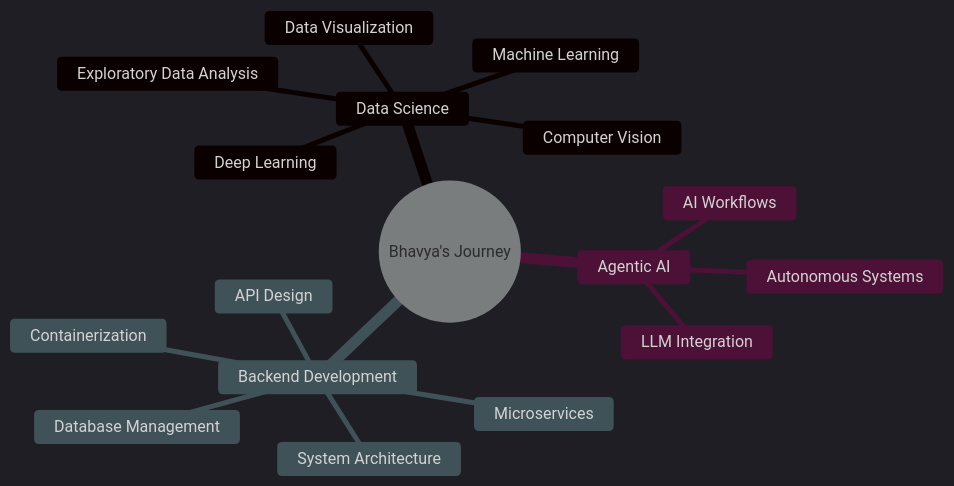
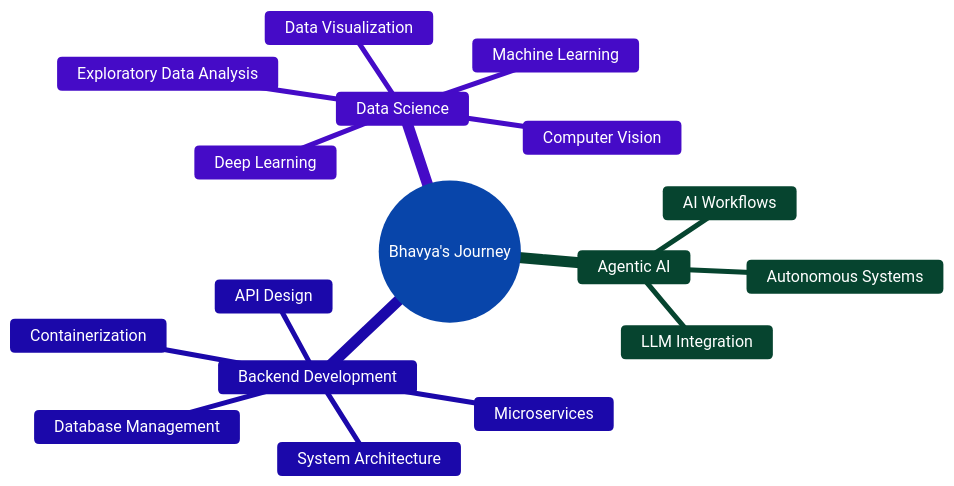
The diagram in README.md (04bhavyaa/04bhavyaa), drawn with Mermaid before and after one commit.

Commit message:
Change Mermaid theme from dark to base

````diff
--- a/README.md
+++ b/README.md
@@ -68,21 +68,21 @@
 ```mermaid
-%%{init: {'theme':'dark', 'themeVariables': { 'textColor':'#ffffff', 'fontSize':'16px', 'fontFamily':'Arial'}}}%%
+%%{init: {'theme':'base', 'themeVariables': { 'primaryColor':'#3b82f6', 'primaryTextColor':'#ffffff', 'primaryBorderColor':'#ffffff', 'lineColor':'#ffffff', 'secondaryColor':'#8b5cf6', 'tertiaryColor':'#10b981', 'textColor':'#ffffff', 'fontSize':'16px', 'fontFamily':'Arial'}}}%%
 mindmap
   root((Bhavya's Journey))
     Data Science
       Machine Learning
       Deep Learning
       Data Visualization
       Exploratory Data Analysis
       Computer Vision
     Agentic AI
       LLM Integration
       Autonomous Systems
       AI Workflows
     Backend Development
       API Design
       Database Management
       System Architecture
       Containerization
       Microservices
 ```
````
